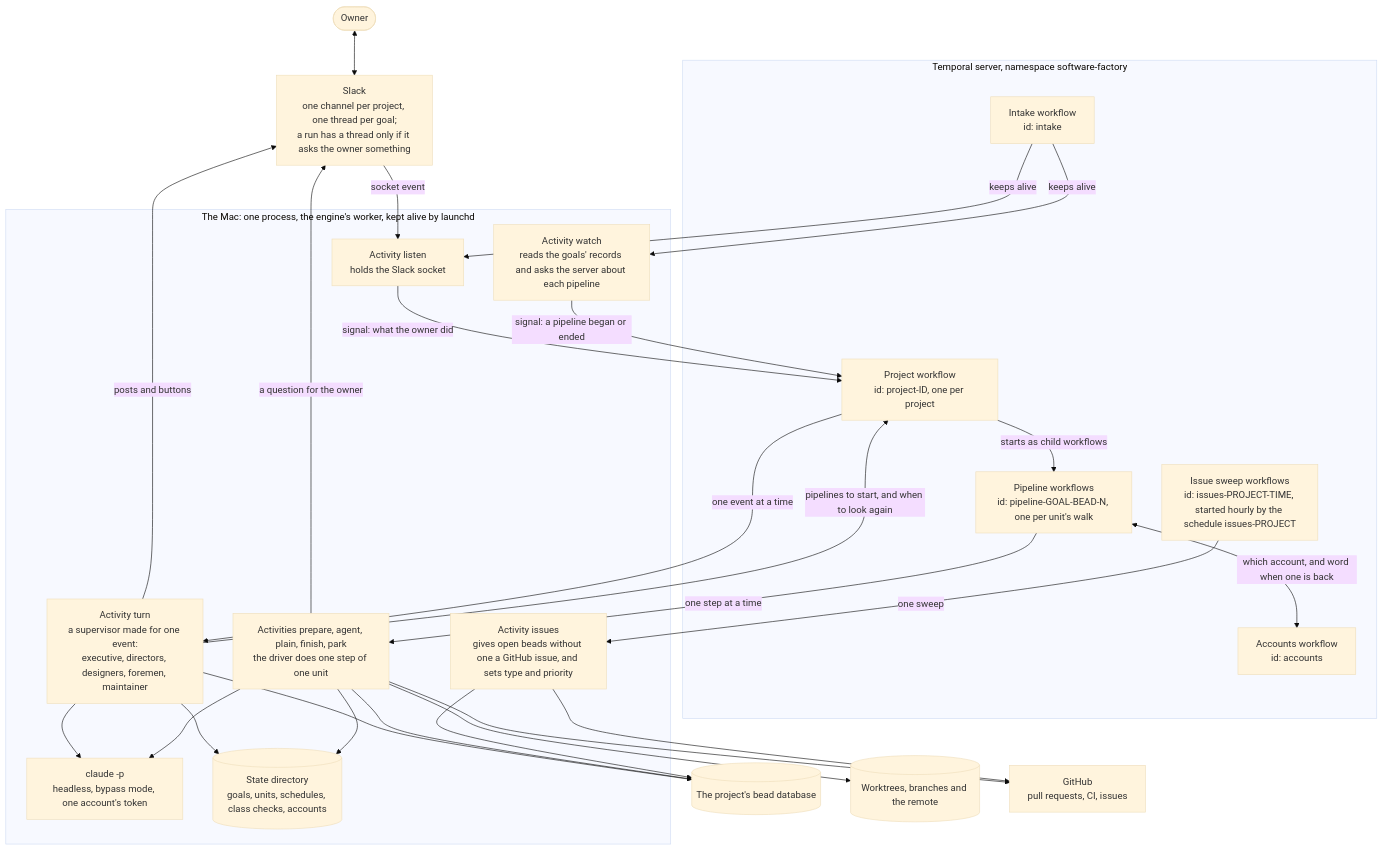
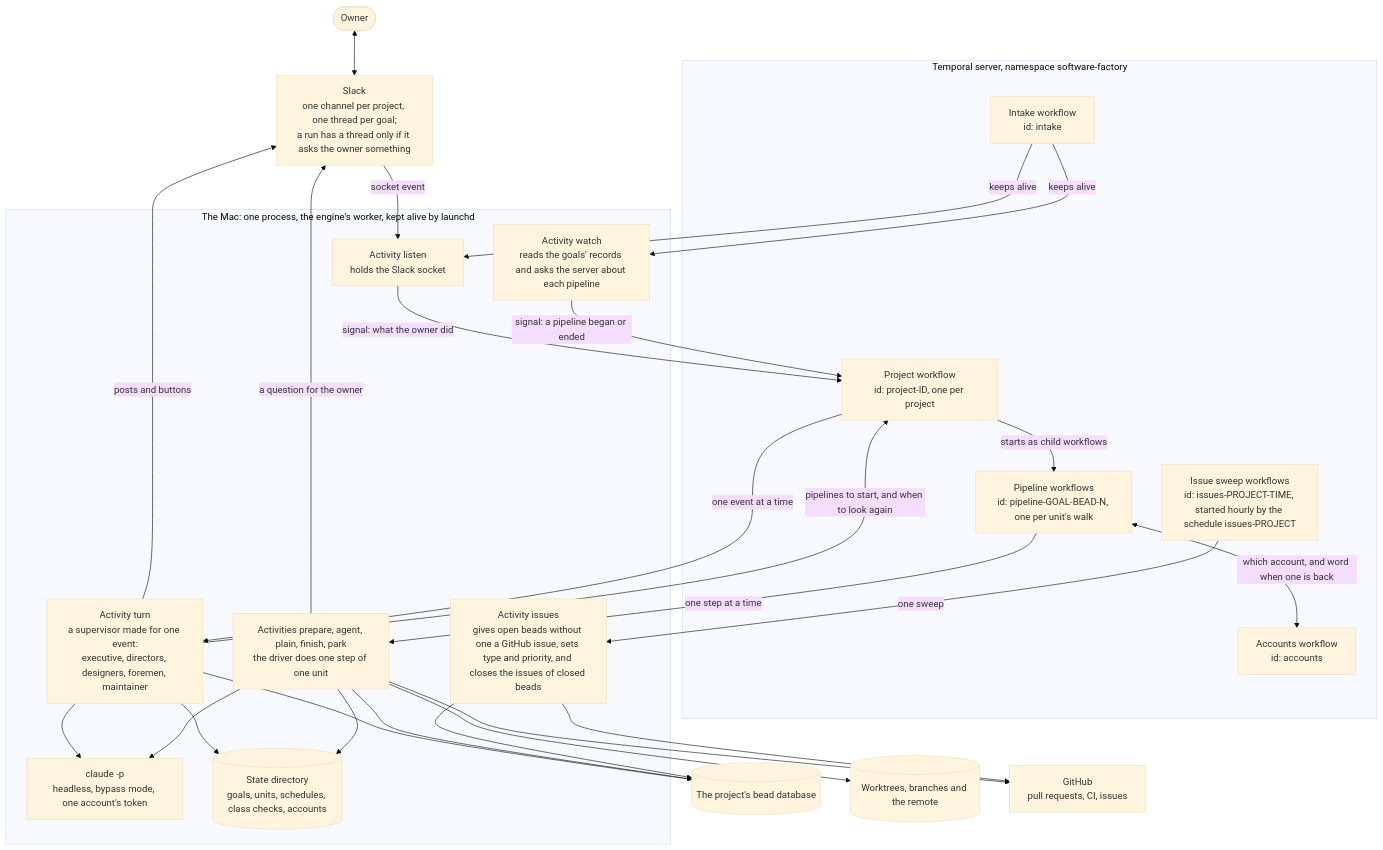
Before and after one commit to mikeacjones/software-factory: the first of 8 diagrams in docs/how-it-works.md, drawn with Mermaid (base theme). The commit also changed 10 other files, not shown here.

````diff
--- a/docs/how-it-works.md
+++ b/docs/how-it-works.md
@@ -12,52 +12,52 @@
 ```mermaid
 flowchart TB
     owner(["Owner"])
     slack["Slack<br/>one channel per project, one thread per goal;<br/>a run has a thread only if it asks the owner something"]
 
     subgraph server["Temporal server, namespace software-factory"]
         intake["Intake workflow<br/>id: intake"]
         project["Project workflow<br/>id: project-ID, one per project"]
         pipeline["Pipeline workflows<br/>id: pipeline-GOAL-BEAD-N, one per unit's walk"]
         accounts["Accounts workflow<br/>id: accounts"]
         sweep["Issue sweep workflows<br/>id: issues-PROJECT-TIME, started hourly by the schedule issues-PROJECT"]
     end
 
     subgraph worker["The Mac: one process, the engine's worker, kept alive by launchd"]
         listen["Activity listen<br/>holds the Slack socket"]
         watch["Activity watch<br/>reads the goals' records and asks the server about each pipeline"]
         turn["Activity turn<br/>a supervisor made for one event:<br/>executive, directors, designers, foremen, maintainer"]
         steps["Activities prepare, agent, plain, finish, park<br/>the driver does one step of one unit"]
-        issues["Activity issues<br/>gives open beads without one a GitHub issue, and sets type and priority"]
+        issues["Activity issues<br/>gives open beads without one a GitHub issue, sets type and priority, and closes the issues of closed beads"]
         claude["claude -p<br/>headless, bypass mode, one account's token"]
         records[("State directory<br/>goals, units, schedules, class checks, accounts")]
     end
 
     beads[("The project's bead database")]
     git[("Worktrees, branches and the remote")]
     github["GitHub<br/>pull requests, CI, issues"]
 
     owner <--> slack
     slack -->|"socket event"| listen
     intake -->|"keeps alive"| listen
     intake -->|"keeps alive"| watch
     listen -->|"signal: what the owner did"| project
     watch -->|"signal: a pipeline began or ended"| project
     project -->|"one event at a time"| turn
     turn -->|"pipelines to start, and when to look again"| project
     project -->|"starts as child workflows"| pipeline
     pipeline -->|"one step at a time"| steps
     pipeline <-->|"which account, and word when one is back"| accounts
     turn --> claude
     steps --> claude
     turn --> records
     steps --> records
     turn --> beads
     steps --> beads
     steps --> git
     steps --> github
     sweep -->|"one sweep"| issues
     issues --> beads
     issues --> github
     turn -->|"posts and buttons"| slack
     steps -->|"a question for the owner"| slack
 ```
````
